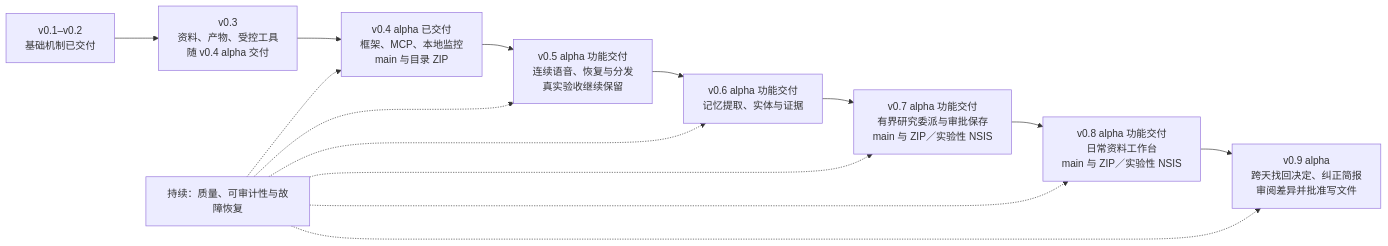
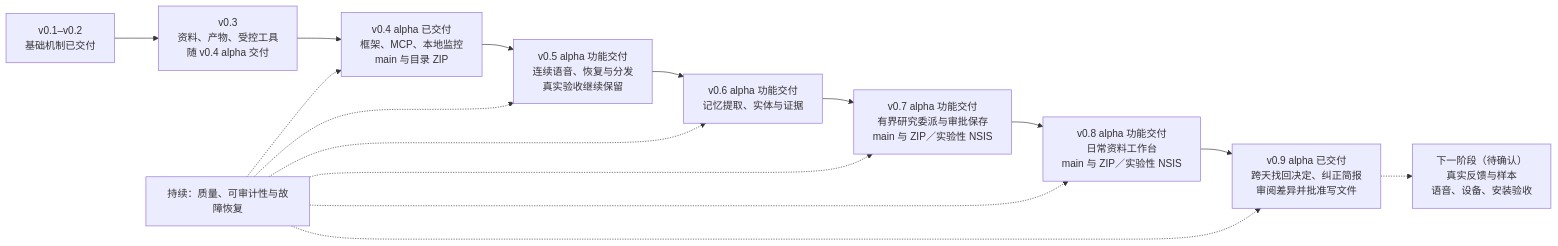
Before and after one commit to MuzeAnisichael/GreatSage: the diagram in docs/roadmap.md, drawn with Mermaid. The commit also changed other lines of this file and 2 other files, not shown here.

First line of the commit message:
docs(agent): record current progress, project cautions and next-stage roadmap status

````diff
--- a/docs/roadmap.md
+++ b/docs/roadmap.md
@@ -20,16 +21,17 @@
 ```mermaid
 flowchart LR
     A["v0.1–v0.2<br/>基础机制已交付"] --> B["v0.3<br/>资料、产物、受控工具<br/>随 v0.4 alpha 交付"]
     B --> C["v0.4 alpha 已交付<br/>框架、MCP、本地监控<br/>main 与目录 ZIP"]
     C --> D["v0.5 alpha 功能交付<br/>连续语音、恢复与分发<br/>真实验收继续保留"]
     D --> E["v0.6 alpha 功能交付<br/>记忆提取、实体与证据"]
     E --> F["v0.7 alpha 功能交付<br/>有界研究委派与审批保存<br/>main 与 ZIP／实验性 NSIS"]
     F --> G["v0.8 alpha 功能交付<br/>日常资料工作台<br/>main 与 ZIP／实验性 NSIS"]
-    G --> H["v0.9 alpha<br/>跨天找回决定、纠正简报<br/>审阅差异并批准写文件"]
+    G --> H["v0.9 alpha 已交付<br/>跨天找回决定、纠正简报<br/>审阅差异并批准写文件"]
+    H -.-> N["下一阶段（待确认）<br/>真实反馈与样本<br/>语音、设备、安装验收"]
     R["持续：质量、可审计性与故障恢复"] -.-> C
     R -.-> D
     R -.-> E
     R -.-> F
     R -.-> G
     R -.-> H
 ```
````
